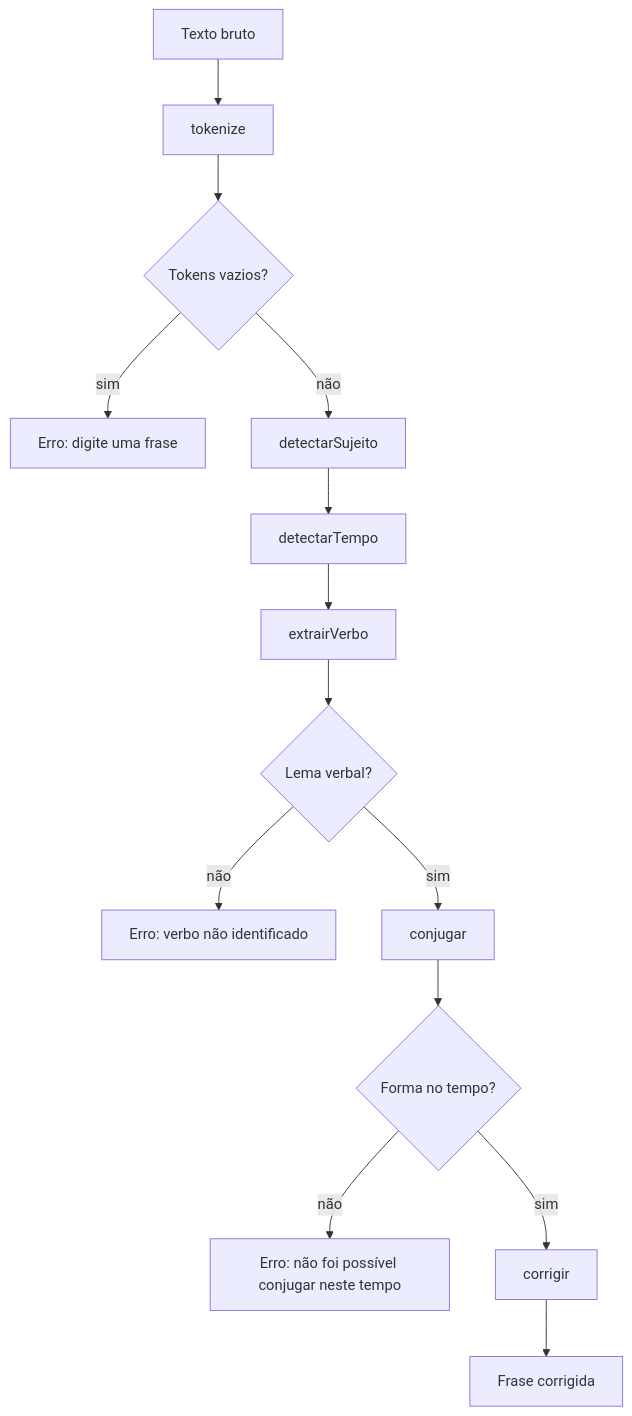
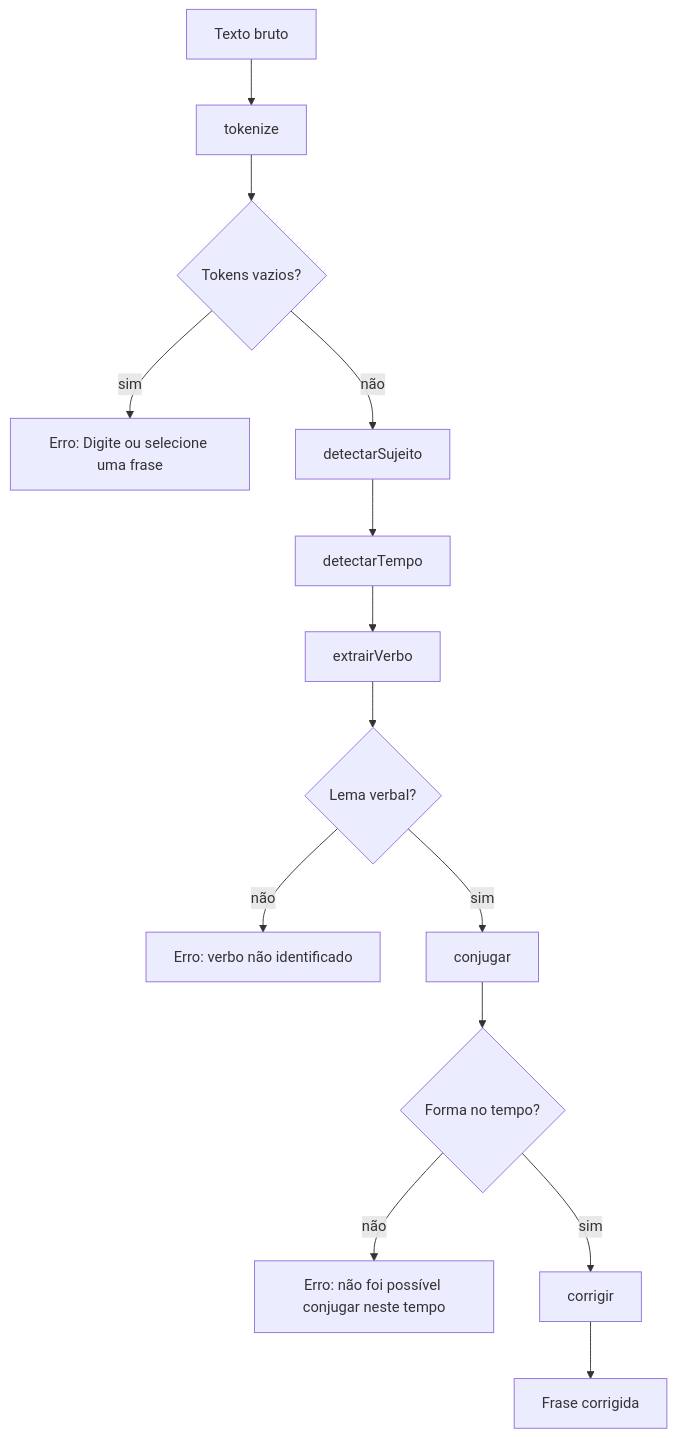
Before and after one commit to aac-ai-lab/conjug.ai: the first of 6 diagrams in docs/diagrama.md, drawn with Mermaid. The commit also changed other lines of this file and 5 other files, not shown here.

First line of the commit message:
Atualiza diagramas e documentação para maior clareza

````diff
--- a/docs/diagrama.md
+++ b/docs/diagrama.md
@@ -11,16 +11,16 @@
 ```mermaid
 flowchart TD
   A[Texto bruto] --> B[tokenize]
   B --> C{Tokens vazios?}
-  C -->|sim| ERR[Erro: digite uma frase]
+  C -->|sim| ERR[Erro: Digite ou selecione uma frase]
   C -->|não| D[detectarSujeito]
   D --> E[detectarTempo]
   E --> F[extrairVerbo]
   F --> G{Lema verbal?}
   G -->|não| ERR2[Erro: verbo não identificado]
   G -->|sim| H[conjugar]
   H --> I{Forma no tempo?}
   I -->|não| ERR3[Erro: não foi possível conjugar neste tempo]
   I -->|sim| J[corrigir]
   J --> K[Frase corrigida]
 ```
````
